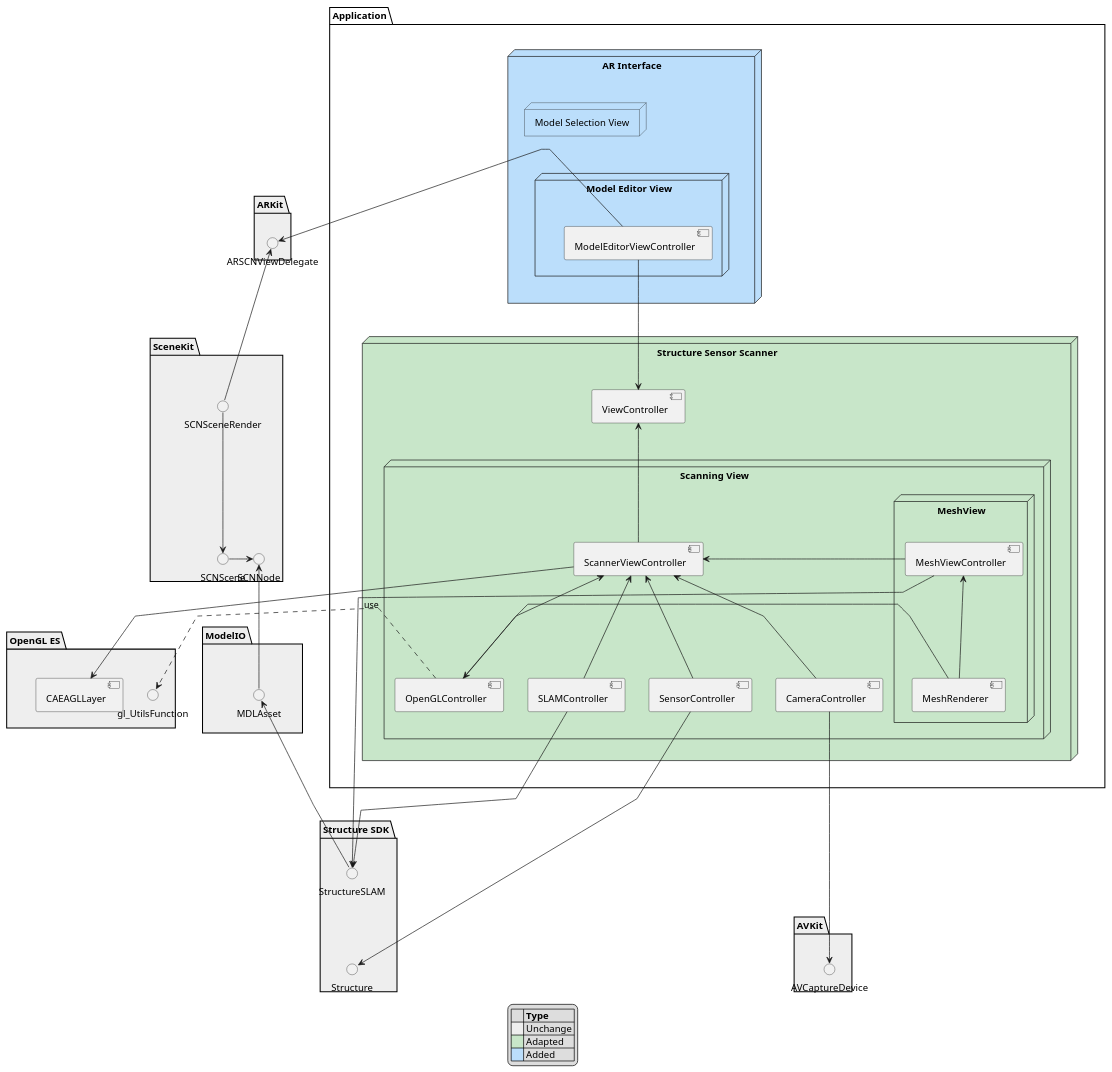
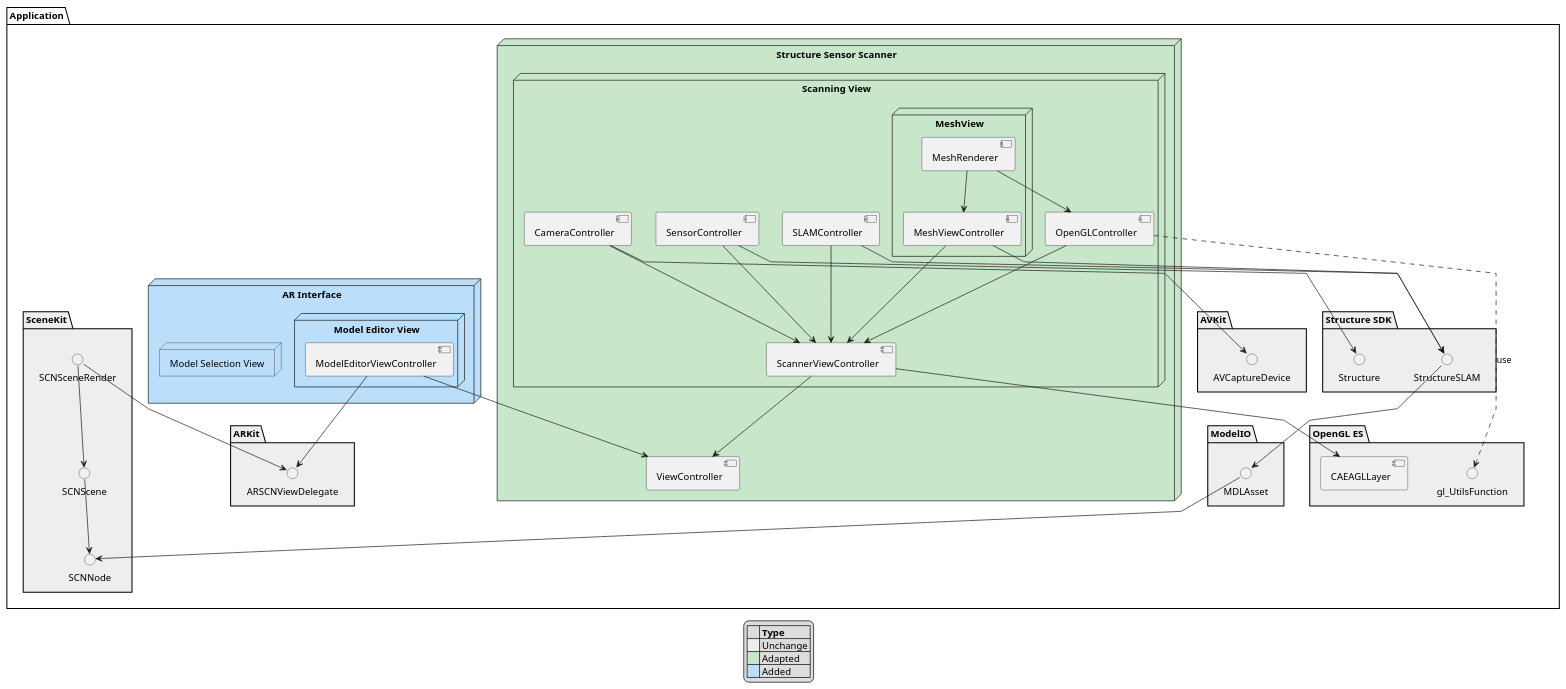
One commit to julienlemonde/PFE2018-AR changed the diagram in rapport/project-architecture.puml. Above: the diagram before and after it, drawn with PlantUML. The commit also changed 32 other files, not shown here.

```diff
--- a/rapport/project-architecture.puml
+++ b/rapport/project-architecture.puml
@@ -1,86 +1,83 @@
 @startuml
 skinparam style strictuml
 skinparam linetype polyline
+skinparam PackagePadding 10
 hide empty members
 
-package "Structure SDK" as StructureSDK #EEEEEE{
-() Structure
-() StructureSLAM 
-Structure -[hidden]up-> StructureSLAM
-}
-package "OpenGL ES" as OpenGL #EEEEEE{
-    [CAEAGLLayer]
-    () gl_UtilsFunction
+package Application {
+    package "Structure SDK" as StructureSDK #EEEEEE{
+        () Structure
+        () StructureSLAM 
+    }
+
+    package "OpenGL ES" as OpenGL #EEEEEE{
+        [CAEAGLLayer]
+        () gl_UtilsFunction
+    }
+
+    node "Structure Sensor Scanner" as StructureSensorScanner #C8E6C9{
+        [ViewController]
+        node "Scanning View" {
+            [CameraController] --> [ScannerViewController]
+            [SLAMController] --> [ScannerViewController]
+            [SensorController] --> [ScannerViewController]
+            [OpenGLController] --> [ScannerViewController]
+            node "MeshView" {
+                [MeshRenderer] --> [MeshViewController]
+            }
+        } 
+    }
+
+    node "AR Interface" as ARInterface #BBDEFB{
+        node "Model Editor View" as ModelEditorView {
+            [ModelEditorViewController] 
+        }
+
+        node "Model Selection View" as ModelSelectionView #BBDEFB{
+        }
+
+        [ModelEditorViewController] --> [ViewController]
+    }
+
+    package ARKit #EEEEEE{
+        () ARSCNViewDelegate
+    }
+
+    package SceneKit #EEEEEE{
+        () SCNSceneRender --> () SCNScene
+        SCNScene --> () SCNNode
+    }
+
+    package AVKit #EEEEEE{
+        () AVCaptureDevice
+    }
+
+    package ModelIO #EEEEEE{
+        () MDLAsset
+    }
 }
 
-package Application {
-node "Structure Sensor Scanner" as StructureSensorScanner #C8E6C9{
-[ViewController]
-node "Scanning View" {
-[CameraController] -up-> [ScannerViewController]
-[SLAMController] -up-> [ScannerViewController]
-[SensorController] -up-> [ScannerViewController]
-[OpenGLController] -up-> [ScannerViewController]
-node "MeshView" {
-[MeshRenderer] -up-> [MeshViewController]
-}
-}
-} 
-node "AR Interface" as ARInterface #BBDEFB{
-node "Model Editor View" as ModelEditorView {
-[ModelEditorViewController] 
-}
-node "Model Selection View" as ModelSelectionView #BBDEFB{
-}
-}
-[ModelEditorViewController] -down-> [ViewController]
-ModelSelectionView -[hidden]down-> ModelEditorView
-}
 
-package ARKit #EEEEEE{
-() ARSCNViewDelegate
-}
 
-package SceneKit #EEEEEE{
-() SCNSceneRender -down-> () SCNScene
-SCNScene -right-> () SCNNode
-}
-
-package AVKit #EEEEEE{
-() AVCaptureDevice
-}
-
-package ModelIO #EEEEEE{
-() MDLAsset
-}
-
-[SLAMController] -right-> StructureSLAM
-[SensorController] -right-> Structure
-[ScannerViewController] -right-> [CAEAGLLayer]
-[OpenGLController] .right.> gl_UtilsFunction : use
-[ScannerViewController] -up-> [ViewController]
-[MeshViewController] -left-> [ScannerViewController]
-[MeshViewController] -right-> StructureSLAM
-[CameraController] -right-> AVCaptureDevice
-SCNSceneRender -up-> ARSCNViewDelegate
-[ModelEditorViewController] -right-> ARSCNViewDelegate
-[MeshRenderer] -right-> OpenGLController
-MDLAsset -up-> SCNNode
-StructureSLAM -up-> MDLAsset
-OpenGL -[hidden]right-> ModelIO
-OpenGL -[hidden]left-> Application 
-OpenGL -[hidden]up-> SceneKit 
-StructureSDK -[hidden]up-> OpenGL
-StructureSDK -[hidden]down-> AVKit 
-StructureSDK -[hidden]left-> Application 
-AVKit -[hidden]left-> Application 
-StructureSensorScanner -[hidden]up-> ARInterface 
+[SLAMController] --> StructureSLAM
+[SensorController] --> Structure
+[ScannerViewController] --> [CAEAGLLayer]
+[OpenGLController] ..> gl_UtilsFunction : use
+[ScannerViewController] --> [ViewController]
+[MeshViewController] --> [ScannerViewController]
+[MeshViewController] --> StructureSLAM
+[CameraController] --> AVCaptureDevice
+SCNSceneRender --> ARSCNViewDelegate
+[ModelEditorViewController] --> ARSCNViewDelegate
+[MeshRenderer] --> OpenGLController
+MDLAsset --> SCNNode
+StructureSLAM --> MDLAsset
 
 legend
     |= |= Type |
     |<#EEEEEE>     | Unchange |
     |<#C8E6C9>     | Adapted |
     |<#BBDEFB>     | Added |
 endlegend
 
 @enduml
```
